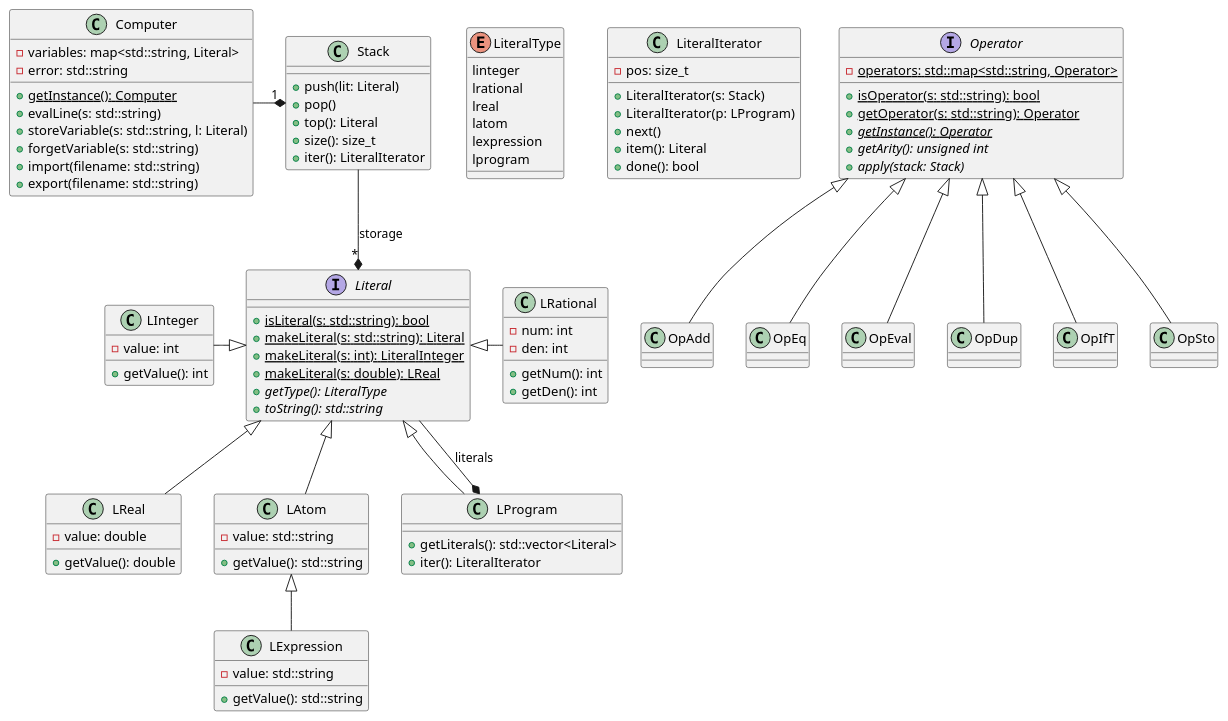
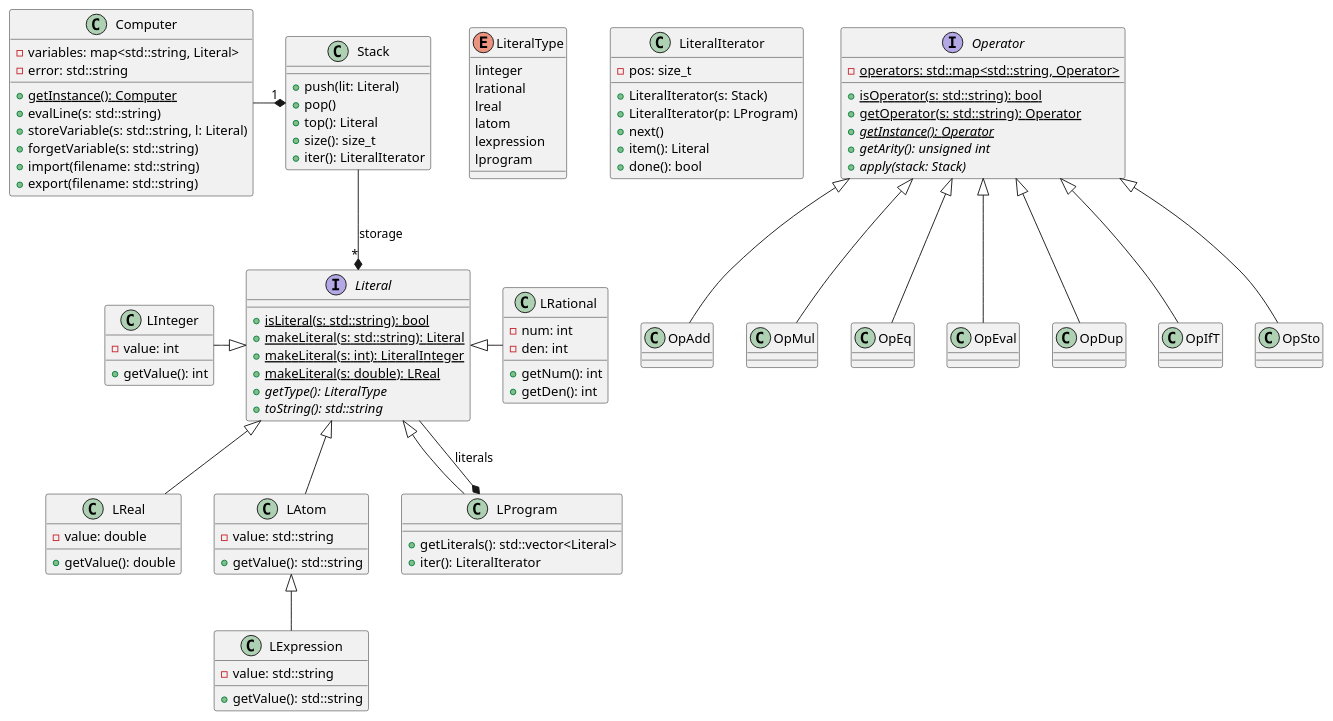
The diagram in UML/comput.plantuml (pltheoclement/LO21), drawn with PlantUML before and after one commit. The commit also changed 4 other files, not shown here.

```diff
--- a/UML/comput.plantuml
+++ b/UML/comput.plantuml
@@ -1,128 +1,128 @@
 @startuml
 
 class Computer{
     -variables: map<std::string, Literal>
     -error: std::string
     +{static}getInstance(): Computer
     +evalLine(s: std::string)
     +storeVariable(s: std::string, l: Literal)
     +forgetVariable(s: std::string)
     +import(filename: std::string)
     +export(filename: std::string)
 }
 Stack "1" *-left- Computer
 
 enum LiteralType{
     linteger
     lrational
     lreal
     latom
     lexpression
     lprogram
 }
 
 interface Literal{
     +{static}isLiteral(s: std::string): bool
     +{static}makeLiteral(s: std::string): Literal
     +{static}makeLiteral(s: int): LiteralInteger
     +{static}makeLiteral(s: double): LReal
     +{abstract}getType(): LiteralType
     +{abstract}toString(): std::string
 }
 
 class LInteger{
     -value: int
     +getValue(): int
 }
 Literal <|-left- LInteger
 
 class LRational{
     -num: int
     -den: int
     +getNum(): int
     +getDen(): int
 }
 Literal <|-right- LRational
 
 class LReal{
     -value: double
     +getValue(): double
 }
 Literal <|-- LReal
 
 class LAtom{
     -value: std::string
     +getValue(): std::string
 }
 Literal <|-- LAtom
 
 class LExpression{
     -value: std::string
     +getValue(): std::string
 }
 LAtom <|-- LExpression
 
 class LProgram{
     +getLiterals(): std::vector<Literal>
     +iter(): LiteralIterator
 }
 LProgram *-- Literal: literals
 Literal <|-- LProgram
 
 class Stack{
     +push(lit: Literal)
     +pop()
     +top(): Literal
     +size(): size_t
     +iter(): LiteralIterator
 }
 Stack --* "*" Literal: storage
 
 class LiteralIterator{
     -pos: size_t
     +LiteralIterator(s: Stack)
     +LiteralIterator(p: LProgram)
     +next()
     +item(): Literal
     +done(): bool
 }
 
 interface Operator{
     -{static}operators: std::map<std::string, Operator>
     +{static}isOperator(s: std::string): bool
     +{static}getOperator(s: std::string): Operator
     +{static}{abstract}getInstance(): Operator
     +{abstract}getArity(): unsigned int
     +{abstract}apply(stack: Stack)
 }
 
 Operator <|-- OpAdd
 'Operator <|-- OpSub
-'Operator <|-- OpMul
+Operator <|-- OpMul
 'Operator <|-- OpDiv
 'Operator <|-- OpDivI
 'Operator <|-- OpMod
 'Operator <|-- OpNeg
 '
 Operator <|-- OpEq
 'Operator <|-- OpNEq
 'Operator <|-- OpSup
 'Operator <|-- OpInf
 'Operator <|-- OpSupE
 'Operator <|-- OpInfE
 'Operator <|-- OpAnd
 'Operator <|-- OpOr
 'Operator <|-- OpNot
 '
 Operator <|-- OpEval
 '
 Operator <|-- OpDup
 'Operator <|-- OpDrop
 'Operator <|-- OpSwap
 'Operator <|-- OpClear
 '
 Operator <|-- OpIfT
 '
 Operator <|-- OpSto
 'Operator <|-- OpForget
 @enduml
```
